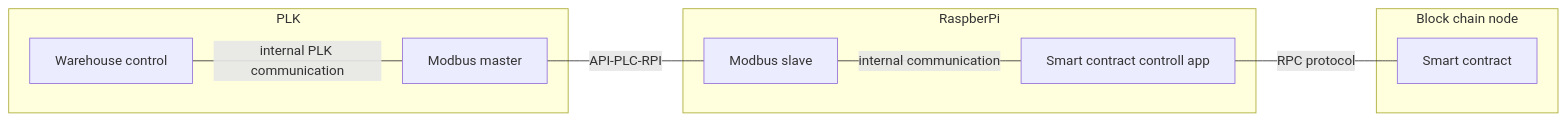
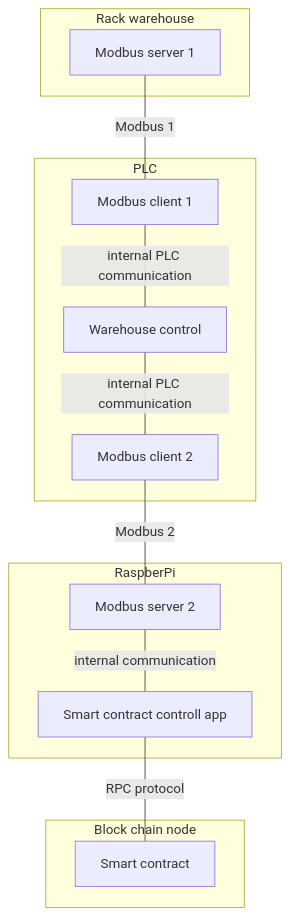
The second of 2 diagrams in README.md (fsprojekti/plk-blockchain), drawn with Mermaid before and after one commit. The commit also changed other lines of this file, not shown here.

````diff
--- a/README.md
+++ b/README.md
@@ -41,20 +38,26 @@
 ```mermaid
-graph LR
+graph TD
+subgraph Rack warehouse
+	M[Modbus server 1]
+end
 
-subgraph P[PLK]
+subgraph P[PLC]
+	T[Modbus client 1]
     D[Warehouse control]
-    G[Modbus master]
+    G[Modbus client 2]
   end
   subgraph R[RaspberPi]
-    K[Modbus slave]
+    K[Modbus server 2]
     J[Smart contract controll app]
     K---|internal communication|J
   end
   subgraph Block chain node
     L[Smart contract]
   end
   J---|RPC protocol|L
 
-D---|internal PLK communication|G
-G---|API-PLC-RPI|K 
+D---|internal PLC communication|G
+G---|Modbus 2|K 
+M---|Modbus 1|T
+T---|internal PLC communication|D
 ```
````
